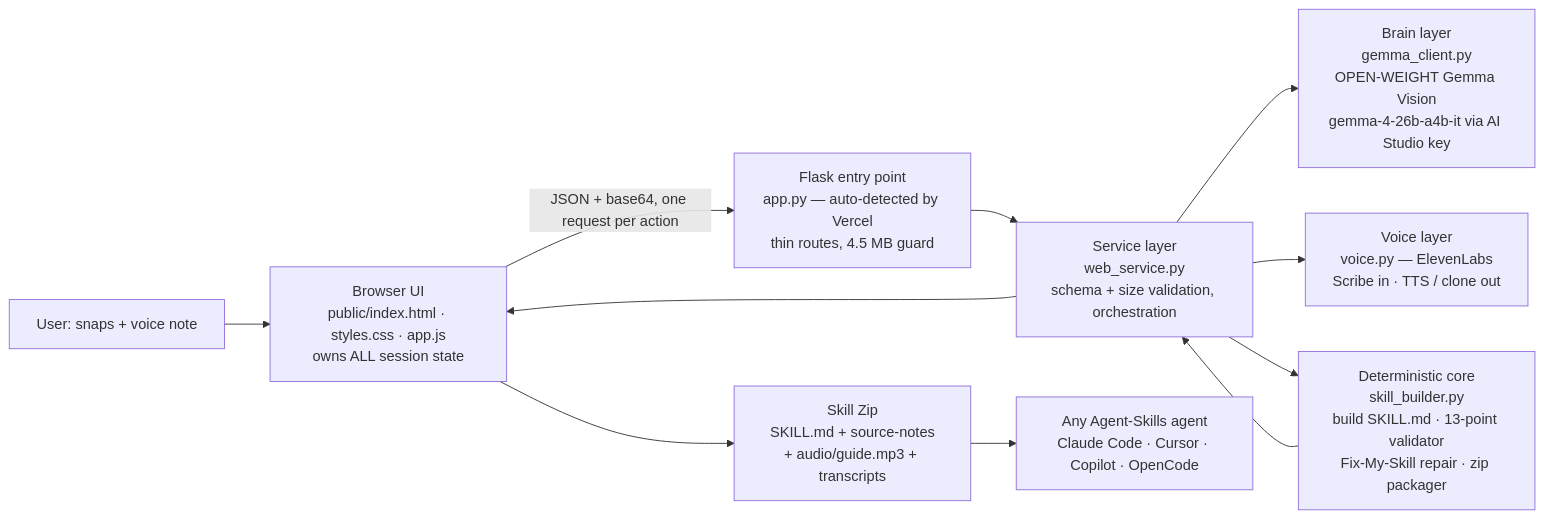
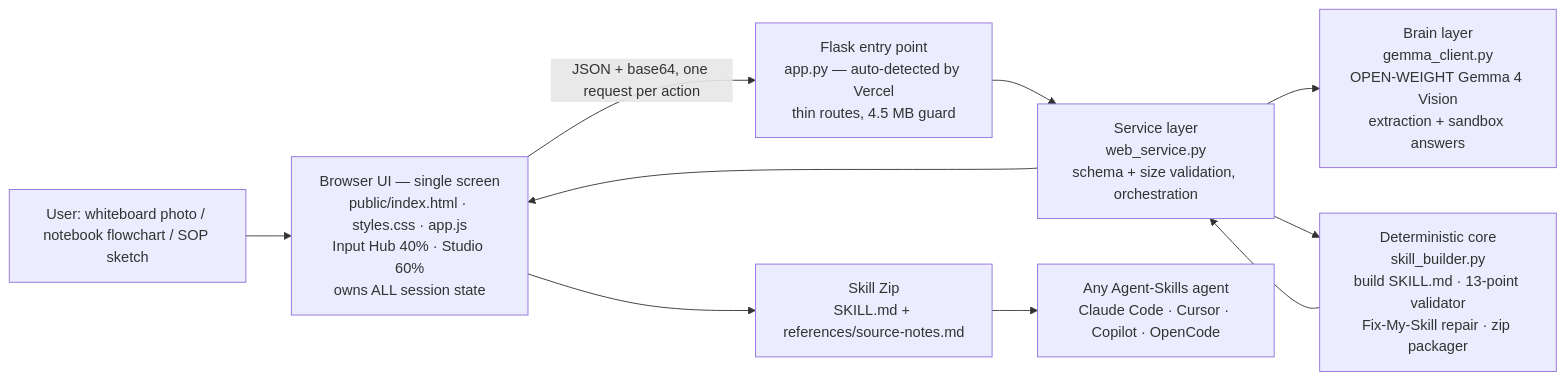
Before and after one commit to leadforgeagency/skiilll2snap: the diagram in ARCHITECTURE.md, drawn with Mermaid. The commit also changed other lines of this file and 17 other files, not shown here.

Commit message:
Snap2Skill v4 — single-screen studio redesign (strict zinc/indigo palette, flowchart/spec/sandbox tabs), ElevenLabs voice layer removed, Gemma-only

````diff
--- a/ARCHITECTURE.md
+++ b/ARCHITECTURE.md
@@ -8,12 +7,11 @@
 ```mermaid
 flowchart LR
-    U[User: snaps + voice note] --> UI[Browser UI<br/>public/index.html · styles.css · app.js<br/>owns ALL session state]
+    U[User: whiteboard photo / notebook flowchart / SOP sketch] --> UI[Browser UI — single screen<br/>public/index.html · styles.css · app.js<br/>Input Hub 40% · Studio 60%<br/>owns ALL session state]
     UI -->|JSON + base64, one request per action| FL[Flask entry point<br/>app.py — auto-detected by Vercel<br/>thin routes, 4.5 MB guard]
     FL --> SV[Service layer<br/>web_service.py<br/>schema + size validation, orchestration]
-    SV --> BL[Brain layer<br/>gemma_client.py<br/>OPEN-WEIGHT Gemma Vision<br/>gemma-4-26b-a4b-it via AI Studio key]
-    SV --> VL[Voice layer<br/>voice.py — ElevenLabs<br/>Scribe in · TTS / clone out]
+    SV --> BL[Brain layer<br/>gemma_client.py<br/>OPEN-WEIGHT Gemma 4 Vision<br/>extraction + sandbox answers]
     SV --> CORE[Deterministic core<br/>skill_builder.py<br/>build SKILL.md · 13-point validator<br/>Fix-My-Skill repair · zip packager]
     CORE --> SV --> UI
-    UI --> ZIP[Skill Zip<br/>SKILL.md + source-notes<br/>+ audio/guide.mp3 + transcripts]
+    UI --> ZIP[Skill Zip<br/>SKILL.md + references/source-notes.md]
     ZIP --> AGENTS[Any Agent-Skills agent<br/>Claude Code · Cursor · Copilot · OpenCode]
 ```
````
